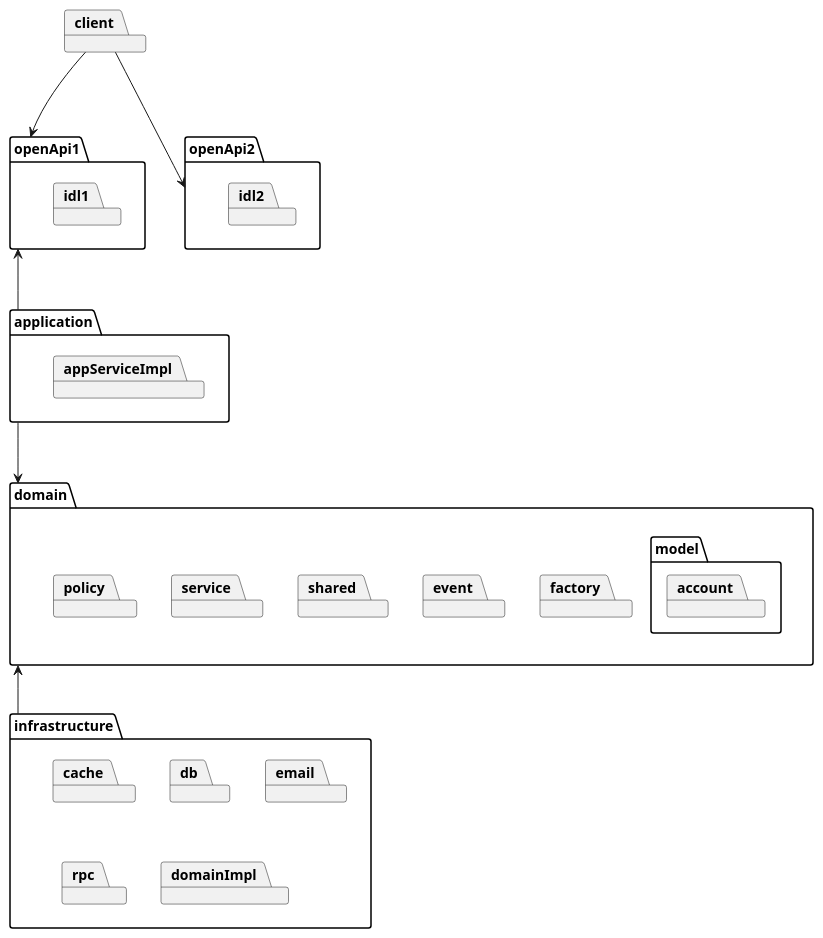
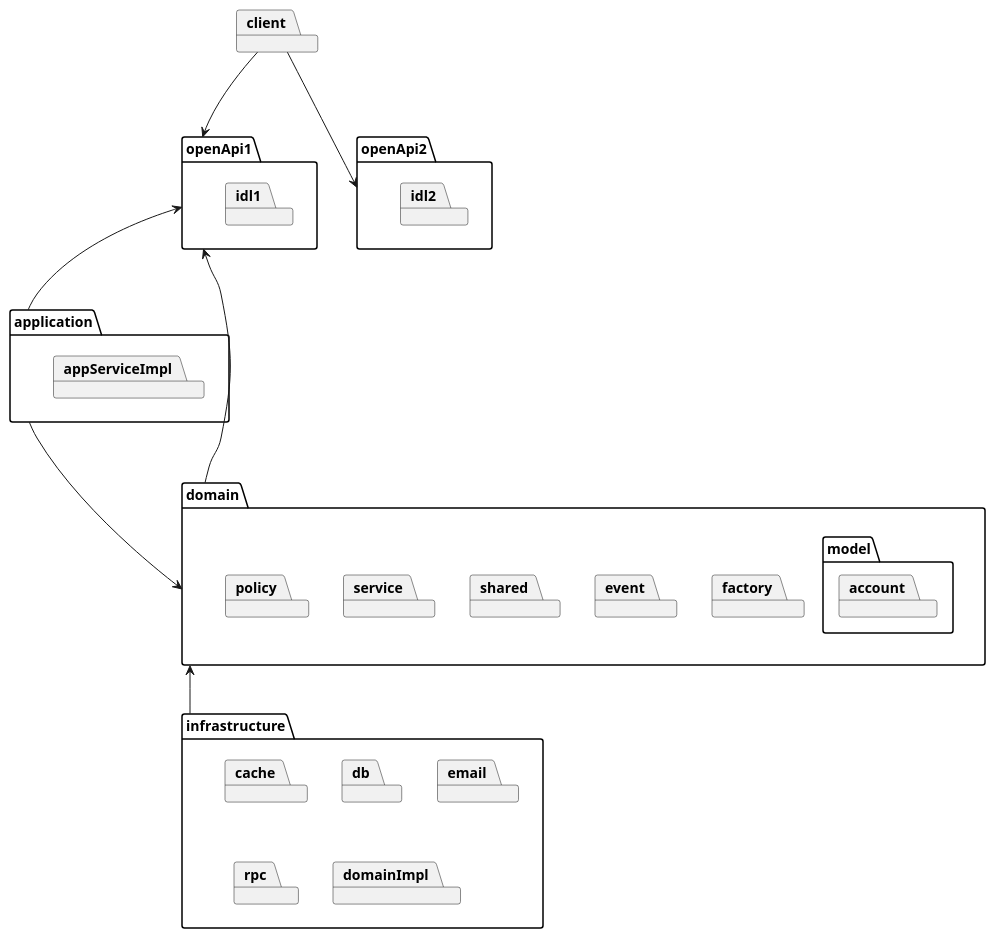
One commit to linux-china/ddd-base changed the diagram in src/main/puml/ddd-module.puml. Above: the diagram before and after it, drawn with PlantUML.

Commit message:
minor update

```diff
--- a/src/main/puml/ddd-module.puml
+++ b/src/main/puml/ddd-module.puml
@@ -1,62 +1,63 @@
 @startuml
 
 package "openApi1" {
    package idl1 {
 
    }
 }
 
 package "openApi2" {
    package idl2 {
 
    }
 }
 
 package "client" {
 
 }
 package "application" {
    package "appServiceImpl" {
    }
 }
 
 package "domain" {
   package "model" {
      package "account" {
 
      }
   }
   package "factory" {
   }
 
   package "event" {
 
   }
 
   package "shared" {
   }
 
   package "service" {
   }
 
   package "policy" {
   }
 
 }
 
 package "infrastructure" {
    package "cache"
    package "db"
    package "email"
    package "rpc"
    package "domainImpl"
 }
 
 infrastructure --up-> domain
 application --down-> domain
 application --up-> openApi1
+domain --> openApi1
 
 client ---> openApi1
 client ---> openApi2
 
 @enduml
```
